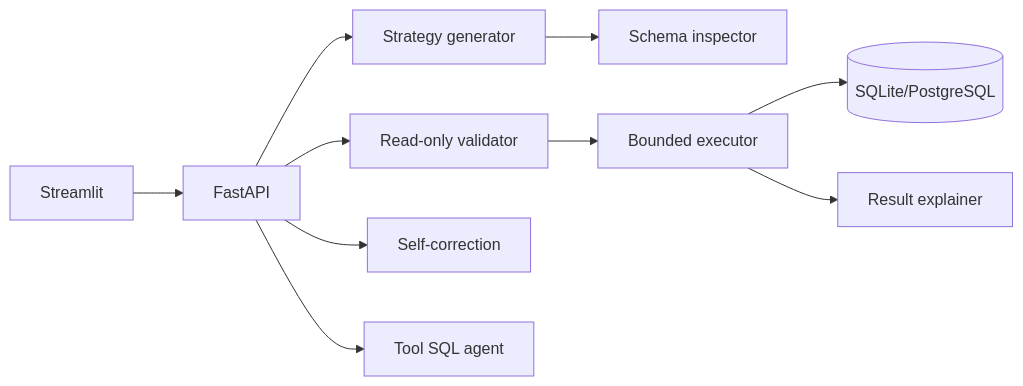
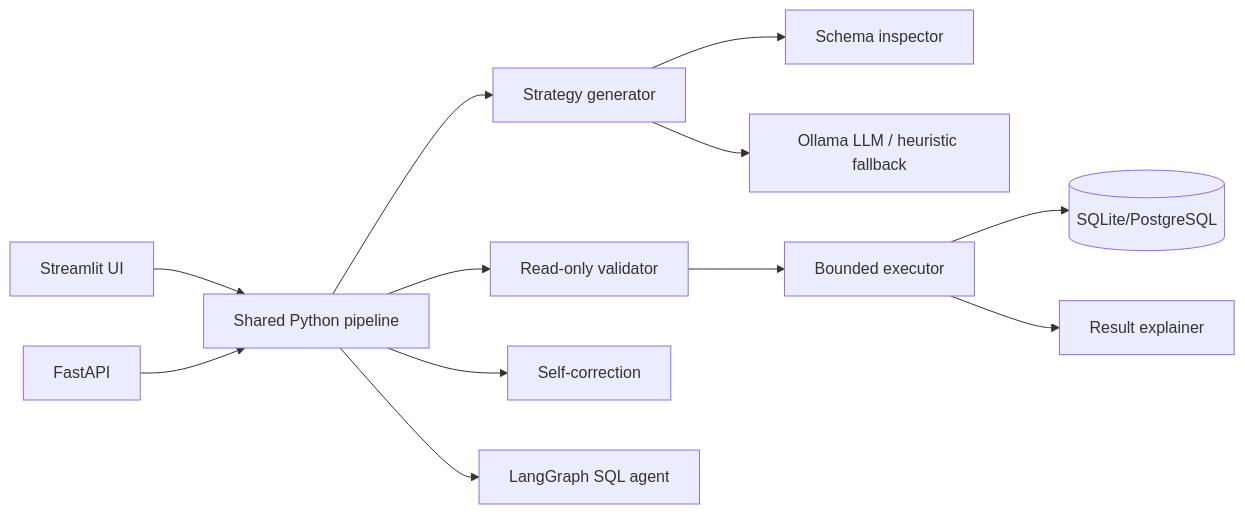
The diagram in README.md (VarunMeda/Natural-Language-to-SQL-Intelligence), drawn with Mermaid before and after one commit. The commit also changed other lines of this file and 9 other files, not shown here.

Commit message:
Fix validator false rejections, separate LLM timeout, surface heuristic fallback

````diff
--- a/README.md
+++ b/README.md
@@ -29,12 +29,14 @@
 ```mermaid
 flowchart LR
-  UI[Streamlit] --> API[FastAPI]
-  API --> G[Strategy generator]
+  UI[Streamlit UI] --> P[Shared Python pipeline]
+  API[FastAPI] --> P
+  P --> G[Strategy generator]
   G --> I[Schema inspector]
-  API --> V[Read-only validator]
+  G --> L[Ollama LLM / heuristic fallback]
+  P --> V[Read-only validator]
   V --> X[Bounded executor]
-  API --> C[Self-correction]
-  API --> A[Tool SQL agent]
+  P --> C[Self-correction]
+  P --> A[LangGraph SQL agent]
   X --> DB[(SQLite/PostgreSQL)]
   X --> E[Result explainer]
 ```
````
